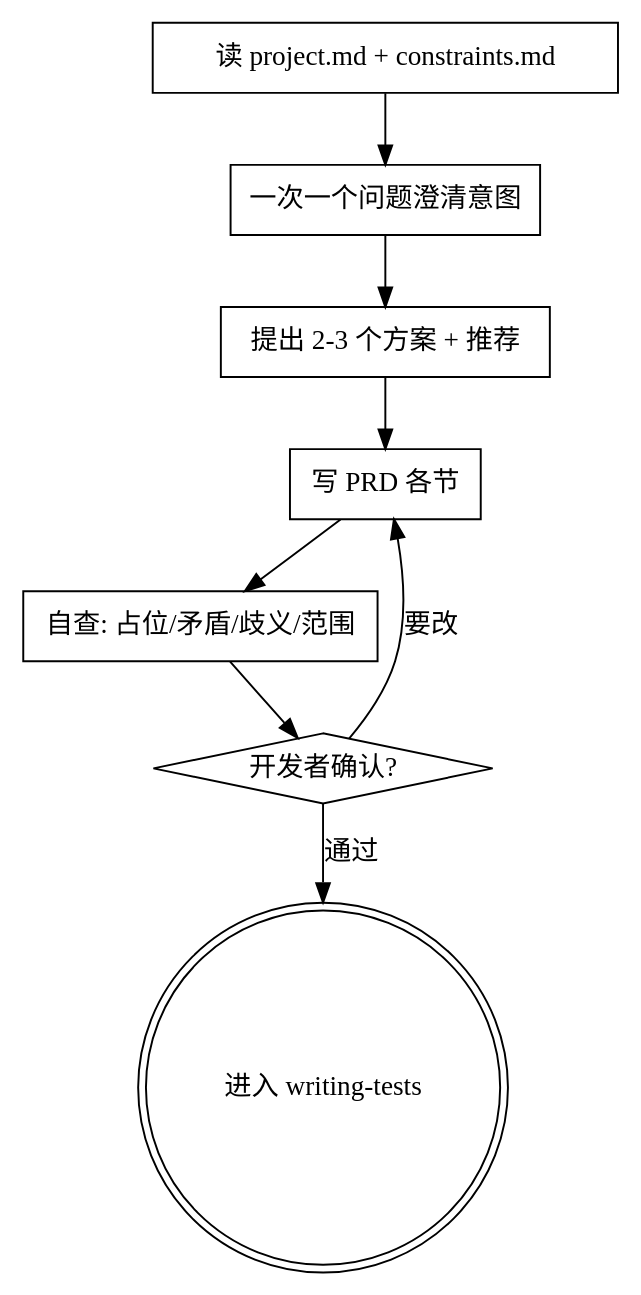
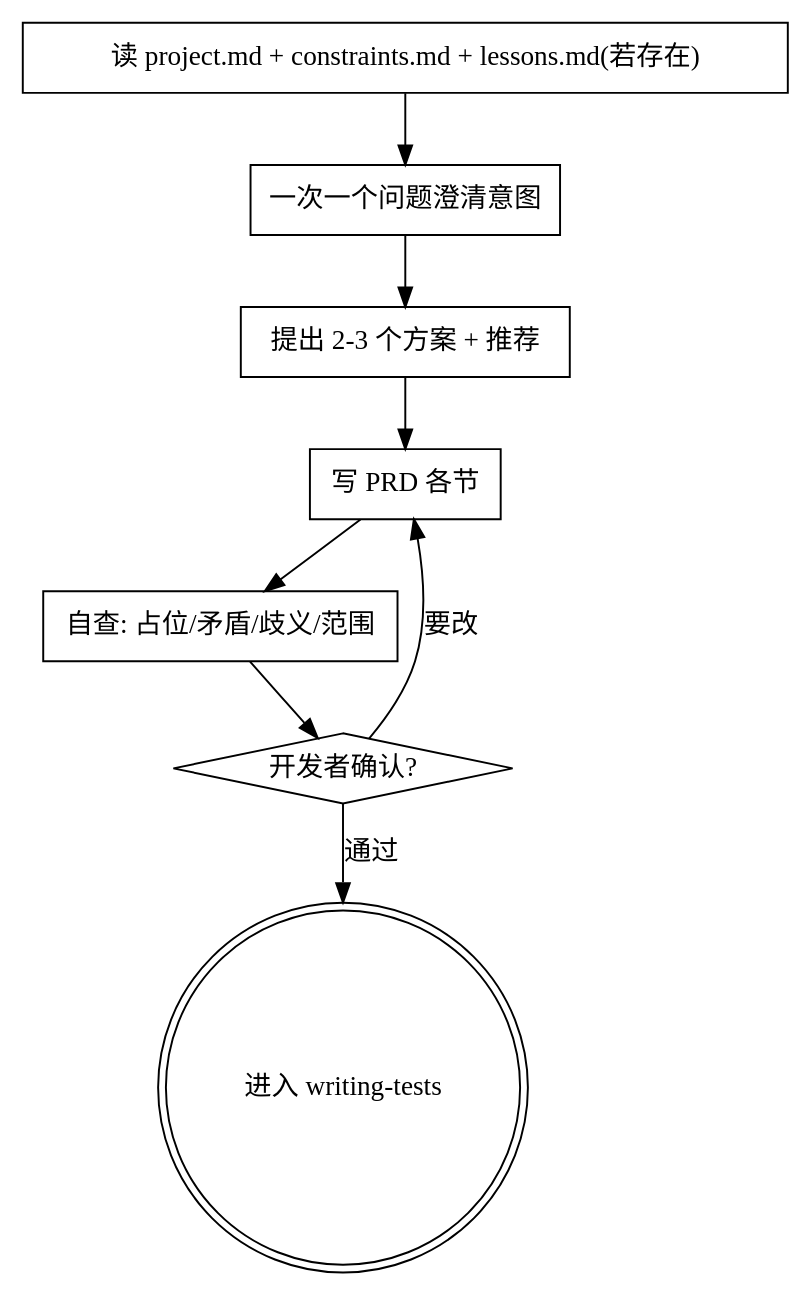
Before and after one commit to andoop/sandtable: the diagram in plugins/sandtable/skills/writing-prd/SKILL.md, drawn with Graphviz. The commit also changed 169 other files, not shown here.

````diff
--- a/plugins/sandtable/skills/writing-prd/SKILL.md
+++ b/plugins/sandtable/skills/writing-prd/SKILL.md
@@ -20,15 +20,15 @@
 ```dot
 digraph prd {
-  "读 project.md + constraints.md" [shape=box];
+  "读 project.md + constraints.md + lessons.md(若存在)" [shape=box];
   "一次一个问题澄清意图" [shape=box];
   "提出 2-3 个方案 + 推荐" [shape=box];
   "写 PRD 各节" [shape=box];
   "自查: 占位/矛盾/歧义/范围" [shape=box];
   "开发者确认?" [shape=diamond];
   "进入 writing-tests" [shape=doublecircle];
 
-  "读 project.md + constraints.md" -> "一次一个问题澄清意图" -> "提出 2-3 个方案 + 推荐" -> "写 PRD 各节" -> "自查: 占位/矛盾/歧义/范围" -> "开发者确认?";
+  "读 project.md + constraints.md + lessons.md(若存在)" -> "一次一个问题澄清意图" -> "提出 2-3 个方案 + 推荐" -> "写 PRD 各节" -> "自查: 占位/矛盾/歧义/范围" -> "开发者确认?";
   "开发者确认?" -> "写 PRD 各节" [label="要改"];
   "开发者确认?" -> "进入 writing-tests" [label="通过"];
 }
 ```
````
